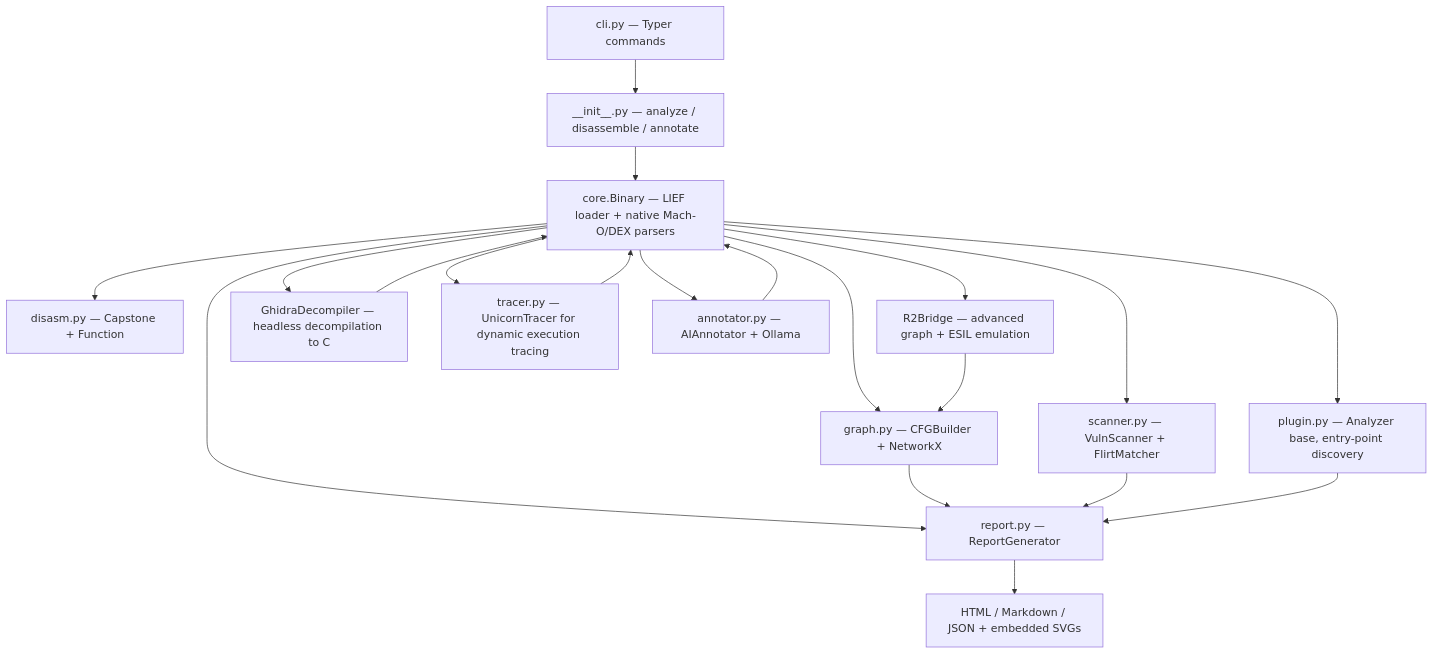
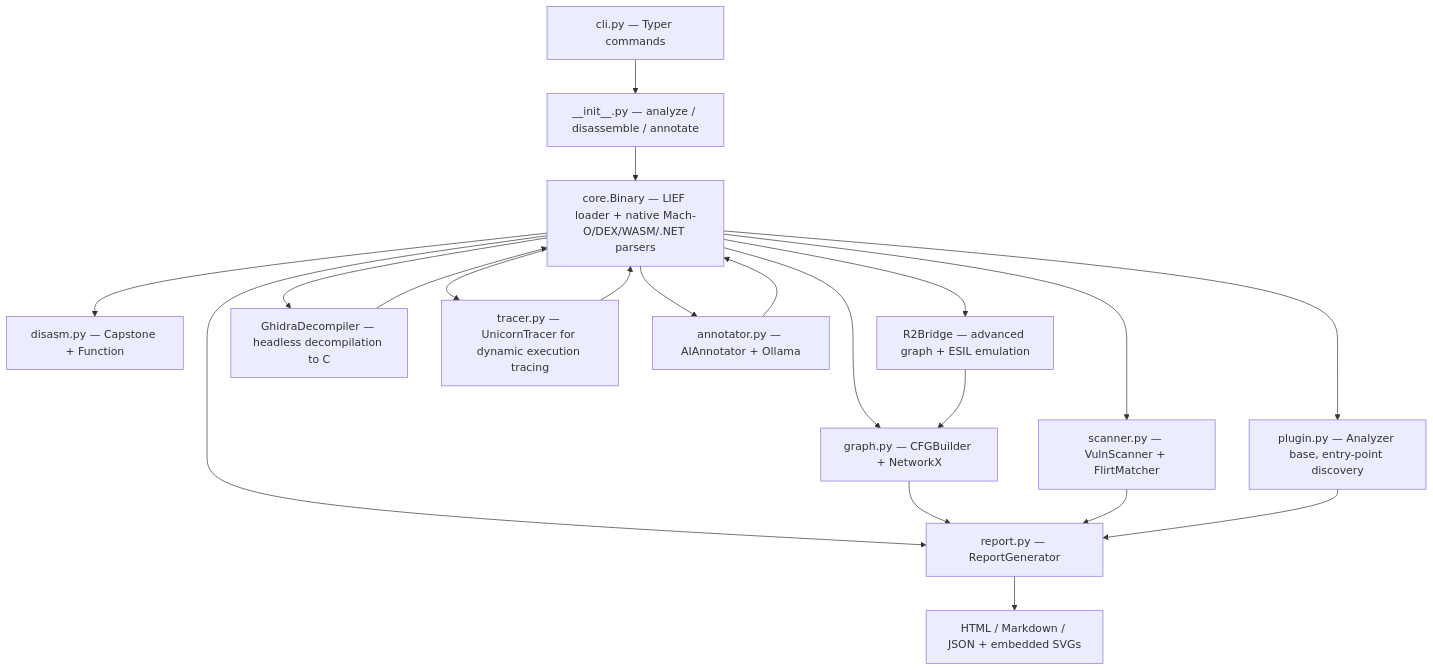
Before and after one commit to ajendras/ReverseKit: the diagram in README.md, drawn with Mermaid. The commit also changed other lines of this file and 5 other files, not shown here.

Commit message:
feat(core): add WebAssembly and .NET binary support

````diff
--- a/README.md
+++ b/README.md
@@ -354,22 +354,22 @@
 ```mermaid
 flowchart TD
     CLI[cli.py — Typer commands] --> API[__init__.py — analyze / disassemble / annotate]
-    API --> Binary[core.Binary — LIEF loader + native Mach-O/DEX parsers]
+    API --> Binary[core.Binary — LIEF loader + native Mach-O/DEX/WASM/.NET parsers]
     Binary --> Disasm[disasm.py — Capstone + Function]
     Binary --> R2[R2Bridge — advanced graph + ESIL emulation]
     Binary --> Ghidra[GhidraDecompiler — headless decompilation to C]
     Binary --> Tracer[tracer.py — UnicornTracer for dynamic execution tracing]
     Binary --> Scanner[scanner.py — VulnScanner + FlirtMatcher]
     Binary --> Annotator[annotator.py — AIAnnotator + Ollama]
     Binary --> Plugins[plugin.py — Analyzer base, entry-point discovery]
     Annotator --> Binary
     Binary --> Graph[graph.py — CFGBuilder + NetworkX]
     Binary --> Report[report.py — ReportGenerator]
     R2 --> Graph
     Tracer --> Binary
     Ghidra --> Binary
     Graph --> Report
     Scanner --> Report
     Plugins --> Report
     Report --> Outputs[HTML / Markdown / JSON + embedded SVGs]
 ```
````
